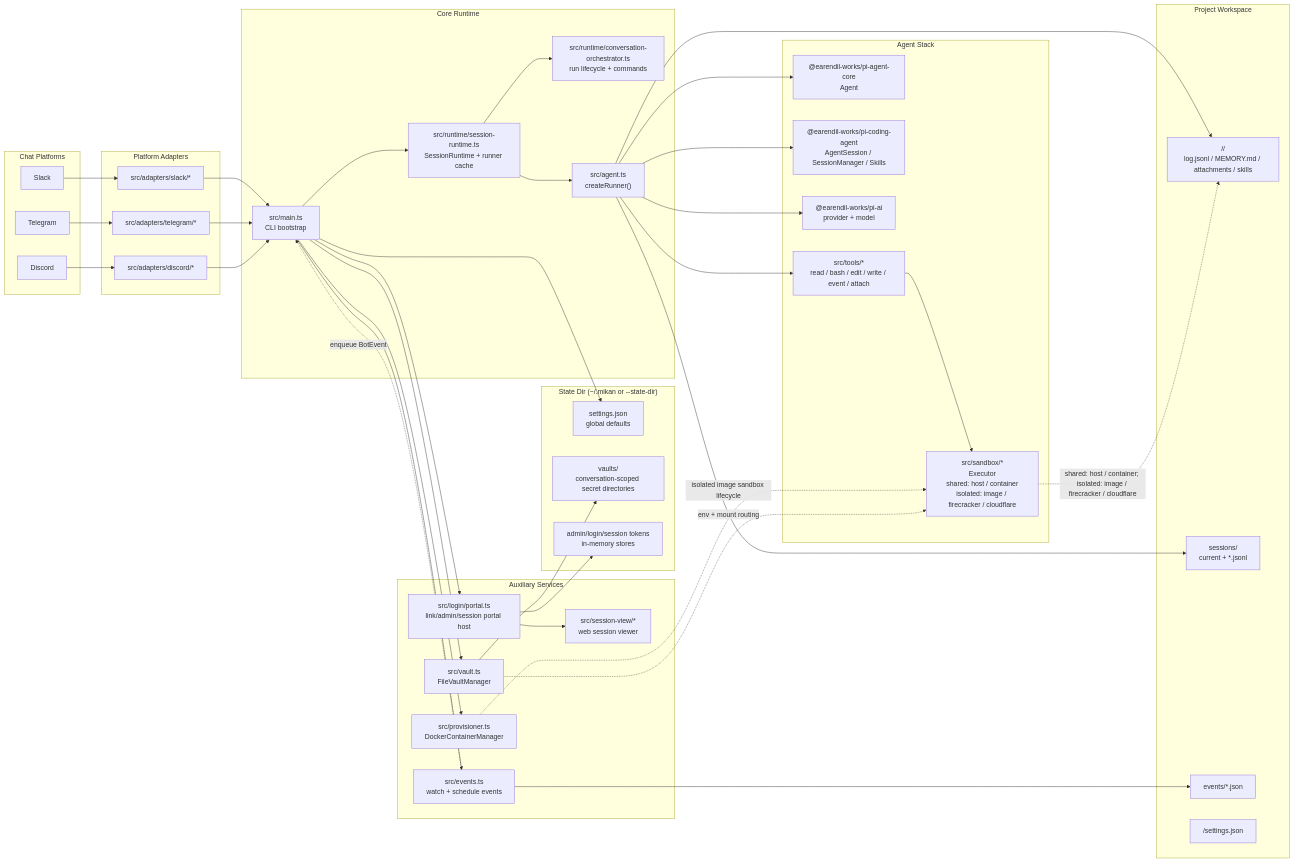
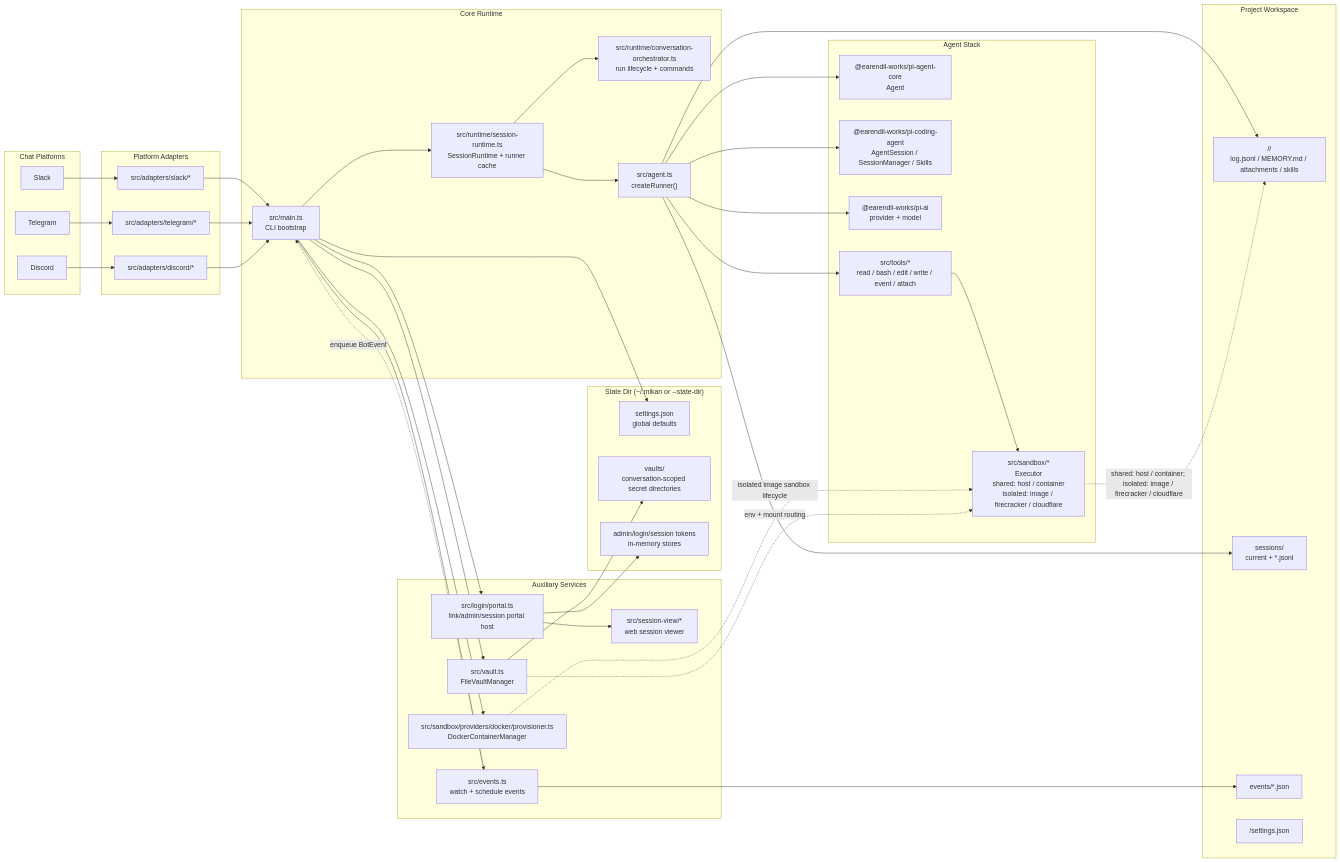
One commit to geminixiang/mikan changed the first of 3 diagrams in docs/architecture.md. Above: the diagram before and after it, drawn with Mermaid. The commit also changed other lines of this file and 36 other files, not shown here.

```diff
--- a/docs/architecture.md
+++ b/docs/architecture.md
@@ -53,7 +53,7 @@
 
   subgraph Services["Auxiliary Services"]
     VaultManager["src/vault.ts\nFileVaultManager"]
-    Provisioner["src/provisioner.ts\nDockerContainerManager"]
+    Provisioner["src/sandbox/providers/docker/provisioner.ts\nDockerContainerManager"]
     LinkServer["src/login/portal.ts\nlink/admin/session portal host"]
     SessionViewer["src/session-view/*\nweb session viewer"]
     EventsWatcher["src/events.ts\nwatch + schedule events"]
```
